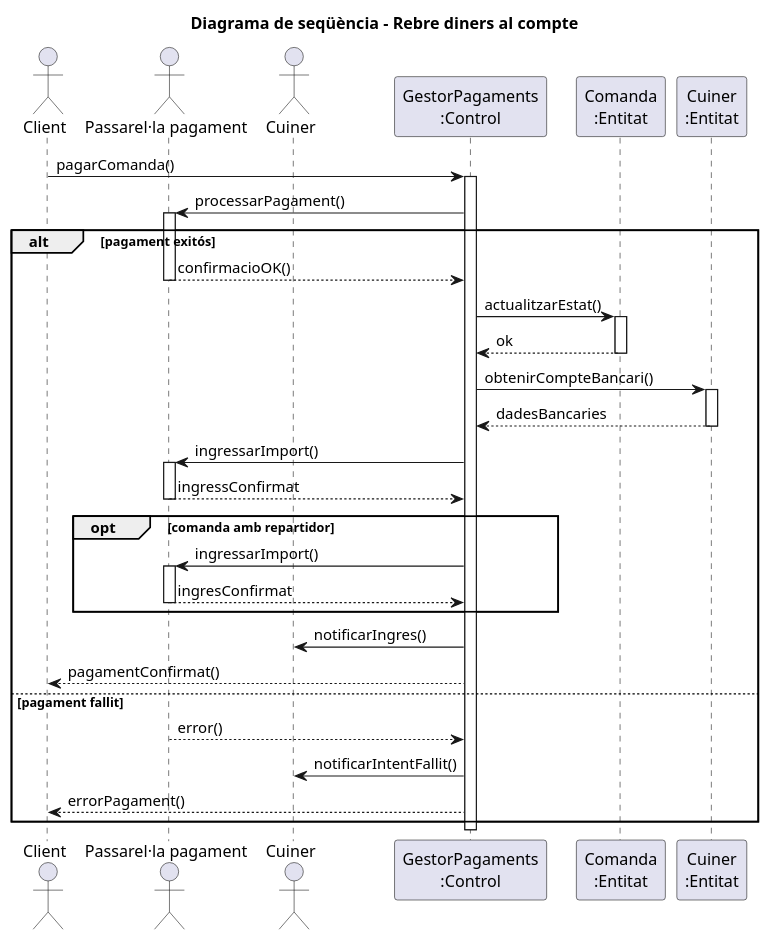
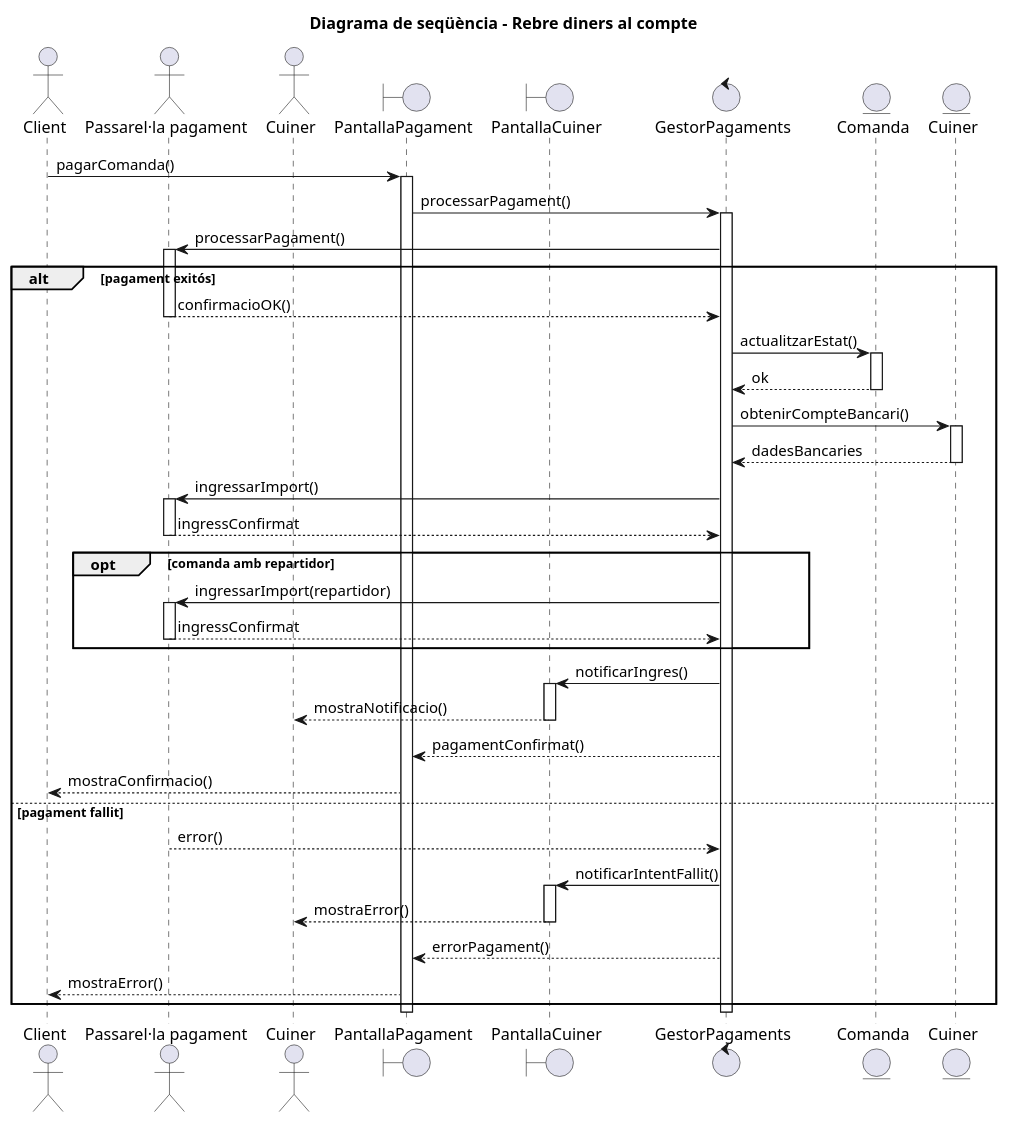
Before and after one commit to enricalv03/ES23UAB-411-08: the diagram in diagrames/sequencia/casos/cuiner/rebre-diners.puml, drawn with PlantUML.

```diff
--- a/diagrames/sequencia/casos/cuiner/rebre-diners.puml
+++ b/diagrames/sequencia/casos/cuiner/rebre-diners.puml
@@ -1,55 +1,70 @@
 @startuml
-title Diagrama de seqüència - Rebre diners al compte
+title Diagrama de seqüència - Rebre diners al compte 
 
 actor Client
 actor "Passarel·la pagament" as Passarella
 actor Cuiner
 
-participant "GestorPagaments\n:Control" as Gestor
-participant "Comanda\n:Entitat" as ComandaDB
-participant "Cuiner\n:Entitat" as CuinerDB
+boundary "PantallaPagament" as PantallaClient
+boundary "PantallaCuiner" as PantallaCuiner
+control "GestorPagaments" as Gestor
+entity "Comanda" as ComandaDB
+entity "Cuiner" as CuinerDB
 
-Client -> Gestor: pagarComanda()
+Client -> PantallaClient: pagarComanda()
+activate PantallaClient
+
+PantallaClient -> Gestor: processarPagament()
 activate Gestor
 
 Gestor -> Passarella: processarPagament()
 activate Passarella
 
 alt pagament exitós
     Passarella --> Gestor: confirmacioOK()
     deactivate Passarella
     
     Gestor -> ComandaDB: actualitzarEstat()
     activate ComandaDB
     ComandaDB --> Gestor: ok
     deactivate ComandaDB
     
     Gestor -> CuinerDB: obtenirCompteBancari()
     activate CuinerDB
     CuinerDB --> Gestor: dadesBancaries
     deactivate CuinerDB
     
     Gestor -> Passarella: ingressarImport()
     activate Passarella
     Passarella --> Gestor: ingressConfirmat
     deactivate Passarella
     
     opt comanda amb repartidor
-        Gestor -> Passarella: ingressarImport()
+        Gestor -> Passarella: ingressarImport(repartidor)
         activate Passarella
-        Passarella --> Gestor: ingresConfirmat
+        Passarella --> Gestor: ingressConfirmat
         deactivate Passarella
     end
     
-    Gestor -> Cuiner: notificarIngres()
-    Gestor --> Client: pagamentConfirmat()
+    Gestor -> PantallaCuiner: notificarIngres()
+    activate PantallaCuiner
+    PantallaCuiner --> Cuiner: mostraNotificacio()
+    deactivate PantallaCuiner
+    
+    Gestor --> PantallaClient: pagamentConfirmat()
+    PantallaClient --> Client: mostraConfirmacio()
     
 else pagament fallit
     Passarella --> Gestor: error()
     deactivate Passarella
-    Gestor -> Cuiner: notificarIntentFallit()
-    Gestor --> Client: errorPagament()
+    Gestor -> PantallaCuiner: notificarIntentFallit()
+    activate PantallaCuiner
+    PantallaCuiner --> Cuiner: mostraError()
+    deactivate PantallaCuiner
+    Gestor --> PantallaClient: errorPagament()
+    PantallaClient --> Client: mostraError()
 end
 
 deactivate Gestor
+deactivate PantallaClient
 @enduml
```
